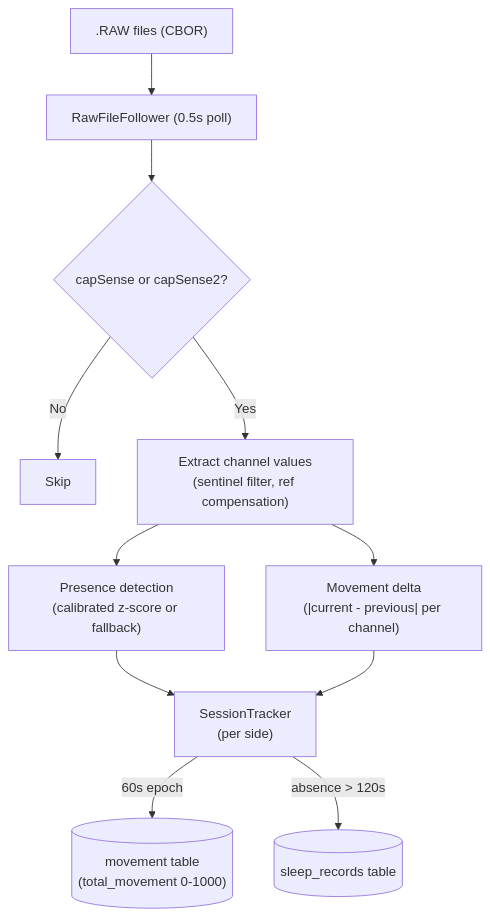
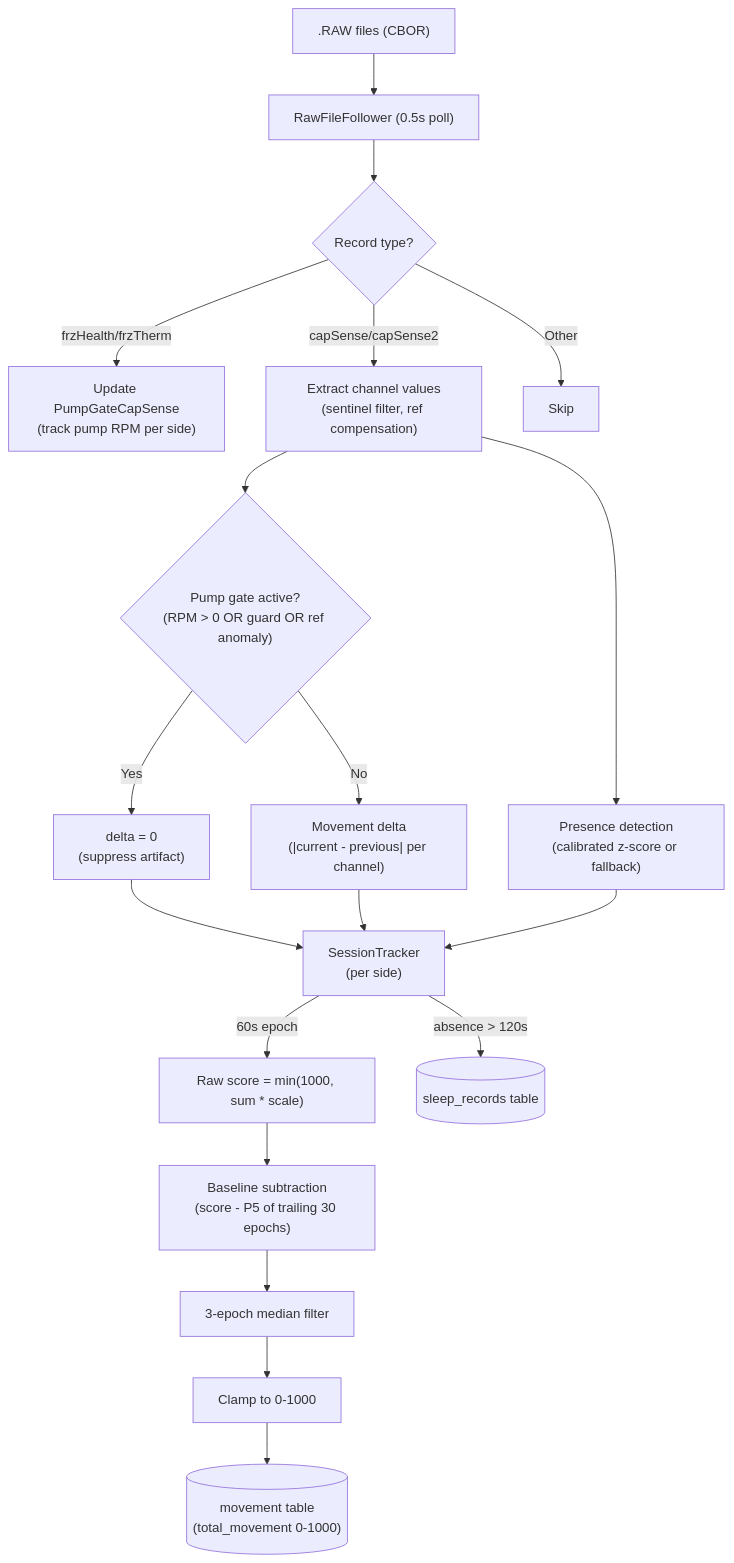
Before and after one commit to sleepypod/core: the first of 2 diagrams in docs/sleep-detector.md, drawn with Mermaid. The commit also changed other lines of this file and 1 other file, not shown here.

First line of the commit message:
fix: add pump artifact gating to capSense2 movement scoring (#230)

````diff
--- a/docs/sleep-detector.md
+++ b/docs/sleep-detector.md
@@ -9,13 +9,21 @@
 ```mermaid
 flowchart TD
     RAW[".RAW files (CBOR)"] --> Follow["RawFileFollower (0.5s poll)"]
-    Follow --> Filter{"capSense or capSense2?"}
-    Filter -->|No| Skip[Skip]
-    Filter -->|Yes| Extract["Extract channel values\n(sentinel filter, ref compensation)"]
+    Follow --> TypeFilter{"Record type?"}
+    TypeFilter -->|"frzHealth/frzTherm"| PumpState["Update PumpGateCapSense\n(track pump RPM per side)"]
+    TypeFilter -->|"capSense/capSense2"| Extract["Extract channel values\n(sentinel filter, ref compensation)"]
+    TypeFilter -->|Other| Skip[Skip]
     Extract --> Presence["Presence detection\n(calibrated z-score or fallback)"]
-    Extract --> Delta["Movement delta\n(|current - previous| per channel)"]
-    Presence --> Session["SessionTracker\n(per side)"]
+    Extract --> PumpGate{"Pump gate active?\n(RPM > 0 OR guard OR ref anomaly)"}
+    PumpGate -->|Yes| ZeroDelta["delta = 0\n(suppress artifact)"]
+    PumpGate -->|No| Delta["Movement delta\n(|current - previous| per channel)"]
+    ZeroDelta --> Session["SessionTracker\n(per side)"]
     Delta --> Session
-    Session -->|"60s epoch"| MovDB[("movement table\n(total_movement 0-1000)")]
+    Presence --> Session
+    Session -->|"60s epoch"| RawScore["Raw score = min(1000, sum * scale)"]
+    RawScore --> Baseline["Baseline subtraction\n(score - P5 of trailing 30 epochs)"]
+    Baseline --> MedianFilt["3-epoch median filter"]
+    MedianFilt --> Clamp["Clamp to 0-1000"]
+    Clamp --> MovDB[("movement table\n(total_movement 0-1000)")]
     Session -->|"absence > 120s"| SleepDB[("sleep_records table")]
 ```
````
